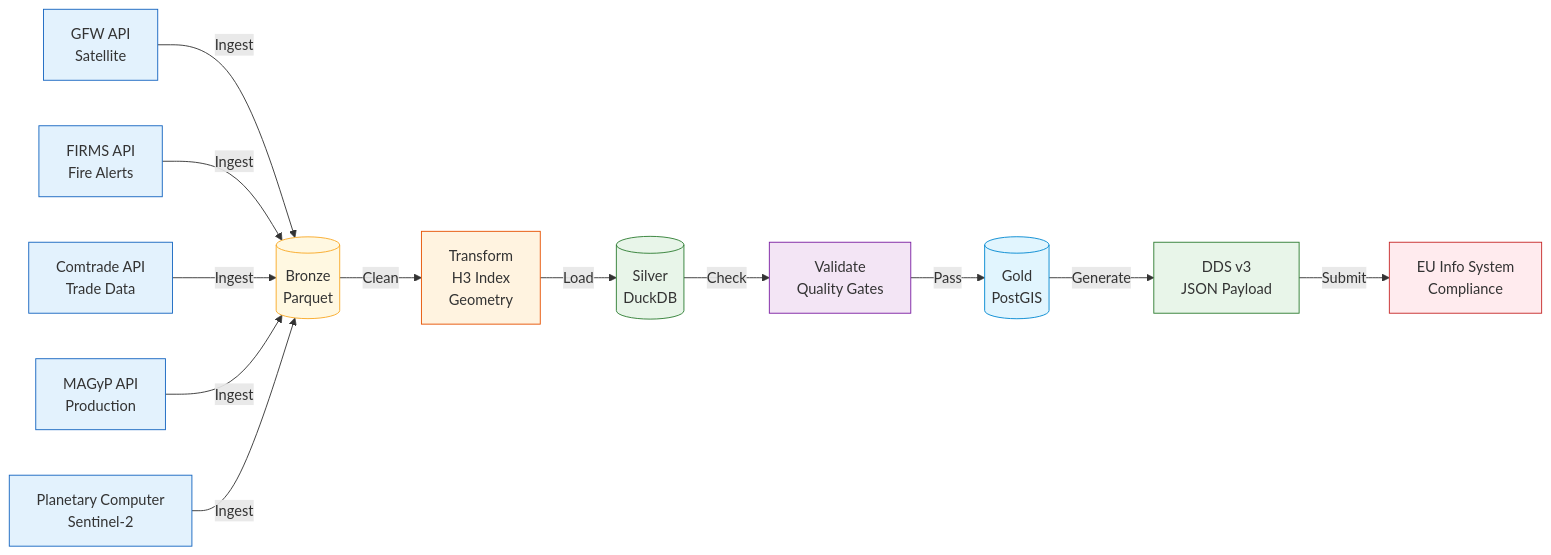
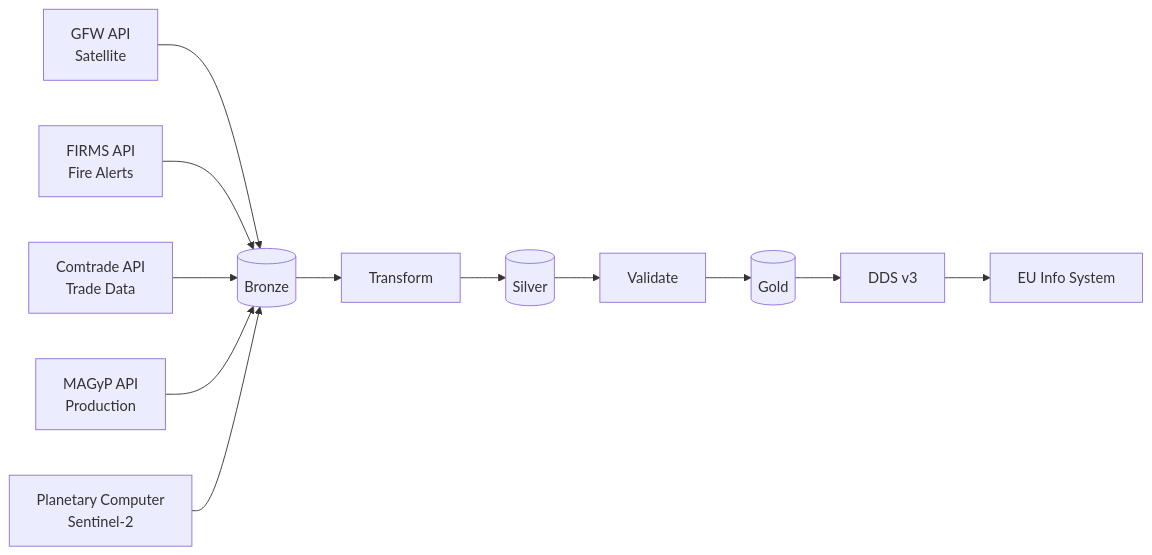
The second of 3 diagrams in README.md (N2026-2025/eudr-deforestation-radar), drawn with Mermaid before and after one commit. The commit also changed other lines of this file, not shown here.

Commit message:
Fix Mermaid diagram syntax - use simple valid syntax for all diagrams

````diff
--- a/README.md
+++ b/README.md
@@ -72,38 +97,27 @@
 ```mermaid
 flowchart LR
-    S1[GFW API<br/>Satellite]
-    S2[FIRMS API<br/>Fire Alerts]
-    S3[Comtrade API<br/>Trade Data]
-    S4[MAGyP API<br/>Production]
-    S5[Planetary Computer<br/>Sentinel-2]
-    B[(Bronze<br/>Parquet)]
-    T[Transform<br/>H3 Index<br/>Geometry]
-    S[(Silver<br/>DuckDB)]
-    V[Validate<br/>Quality Gates]
-    G[(Gold<br/>PostGIS)]
-    D[DDS v3<br/>JSON Payload]
-    E[EU Info System<br/>Compliance]
-    S1 -->|Ingest| B
-    S2 -->|Ingest| B
-    S3 -->|Ingest| B
-    S4 -->|Ingest| B
-    S5 -->|Ingest| B
-    B -->|Clean| T
-    T -->|Load| S
-    S -->|Check| V
-    V -->|Pass| G
-    G -->|Generate| D
-    D -->|Submit| E
-    style S1 fill:#e3f2fd,stroke:#1565c0
-    style S2 fill:#e3f2fd,stroke:#1565c0
-    style S3 fill:#e3f2fd,stroke:#1565c0
-    style S4 fill:#e3f2fd,stroke:#1565c0
-    style S5 fill:#e3f2fd,stroke:#1565c0
-    style B fill:#fff8e1,stroke:#f9a825
-    style T fill:#fff3e0,stroke:#e65100
-    style S fill:#e8f5e9,stroke:#2e7d32
-    style V fill:#f3e5f5,stroke:#7b1fa2
-    style G fill:#e1f5fe,stroke:#0288d1
-    style D fill:#e8f5e9,stroke:#2e7d32
-    style E fill:#ffebee,stroke:#c62828
+    S1["GFW API<br/>Satellite"]
+    S2["FIRMS API<br/>Fire Alerts"]
+    S3["Comtrade API<br/>Trade Data"]
+    S4["MAGyP API<br/>Production"]
+    S5["Planetary Computer<br/>Sentinel-2"]
+    B[("Bronze")]
+    T["Transform"]
+    S[("Silver")]
+    V["Validate"]
+    G[("Gold")]
+    D["DDS v3"]
+    E["EU Info System"]
+
+    S1 --> B
+    S2 --> B
+    S3 --> B
+    S4 --> B
+    S5 --> B
+    B --> T
+    T --> S
+    S --> V
+    V --> G
+    G --> D
+    D --> E
 ```
````
